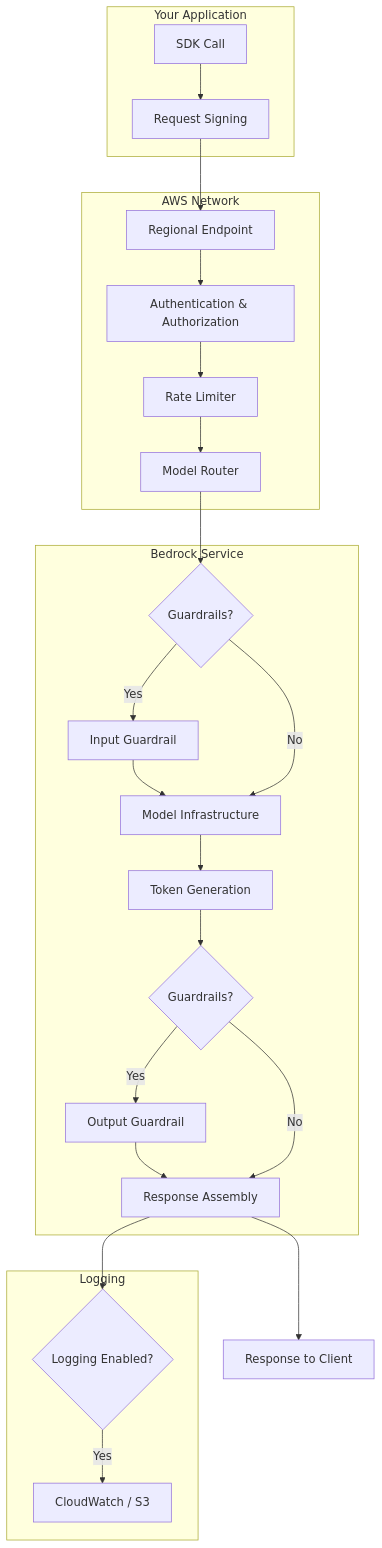
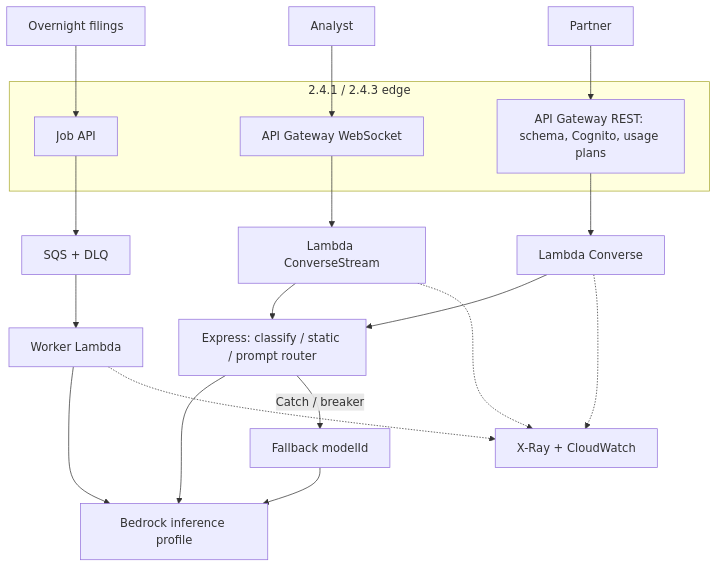
One commit to bme3412/aws-ai-developer-redux changed the second of 2 diagrams in src/data/content/domain-2/fm-api-integrations.md. Above: the diagram before and after it, drawn with Mermaid. The commit also changed other lines of this file and 58 other files, not shown here.

````diff
--- a/src/data/content/domain-2/fm-api-integrations.md
+++ b/src/data/content/domain-2/fm-api-integrations.md
@@ -27,32 +278,24 @@
 ```mermaid
-graph TD
-    subgraph "Your Application"
-        A[SDK Call] --> B[Request Signing]
+flowchart TB
+    subgraph Front["2.4.1 / 2.4.3 edge"]
+        AG[API Gateway REST: schema, Cognito, usage plans]
+        WS[API Gateway WebSocket]
+        Job[Job API]
     end
-
-    subgraph "AWS Network"
-        B --> C[Regional Endpoint]
-        C --> D[Authentication & Authorization]
-        D --> E[Rate Limiter]
-        E --> F[Model Router]
-    end
-
-    subgraph "Bedrock Service"
-        F --> G{Guardrails?}
-        G -->|Yes| H[Input Guardrail]
-        H --> I[Model Infrastructure]
-        G -->|No| I
-        I --> J[Token Generation]
-        J --> K{Guardrails?}
-        K -->|Yes| L[Output Guardrail]
-        L --> M[Response Assembly]
-        K -->|No| M
-    end
-
-    subgraph "Logging"
-        M --> N{Logging Enabled?}
-        N -->|Yes| O[CloudWatch / S3]
-    end
-
-    M --> P[Response to Client]
+    Analyst[Analyst] --> WS
+    Partner[Partner] --> AG
+    Batch[Overnight filings] --> Job
+    WS --> Chat[Lambda ConverseStream]
+    AG --> Sync[Lambda Converse]
+    Job --> Q[SQS + DLQ]
+    Q --> Worker[Worker Lambda]
+    Chat --> SF[Express: classify / static / prompt router]
+    Sync --> SF
+    Worker --> BR[Bedrock inference profile]
+    SF --> BR
+    SF -->|Catch / breaker| FB[Fallback modelId]
+    FB --> BR
+    Chat -.-> XR[X-Ray + CloudWatch]
+    Sync -.-> XR
+    Worker -.-> XR
 ```
````
